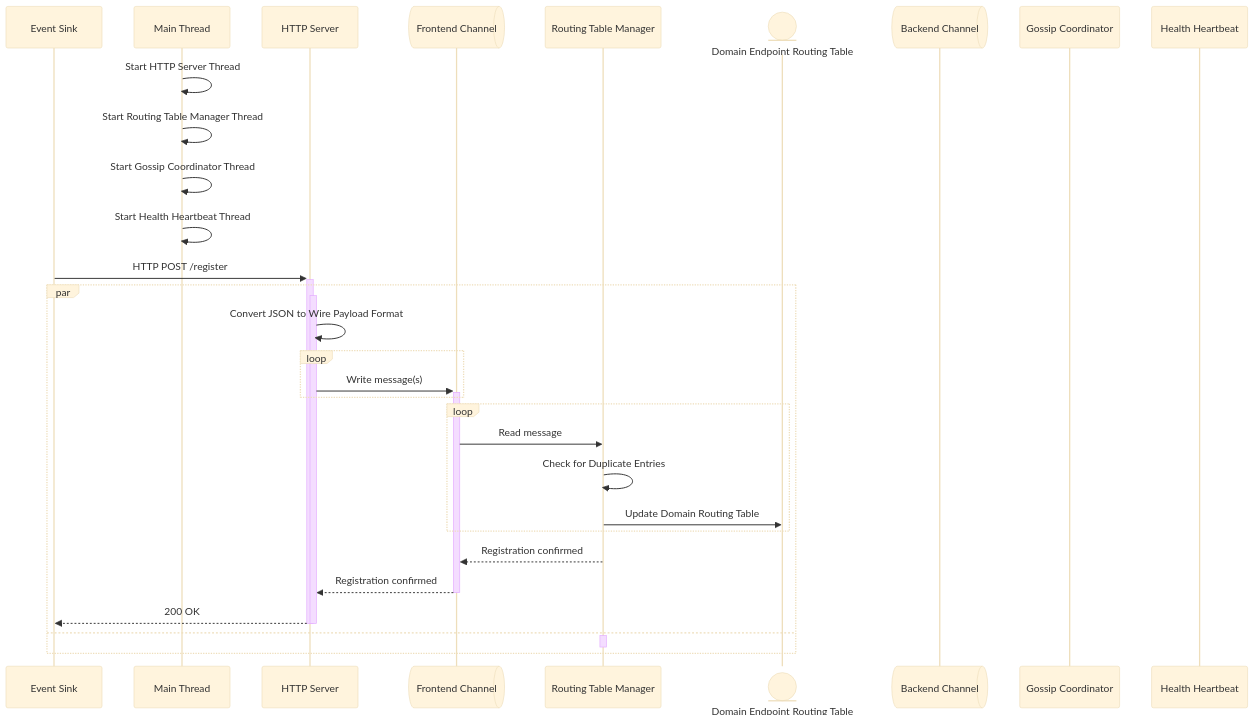
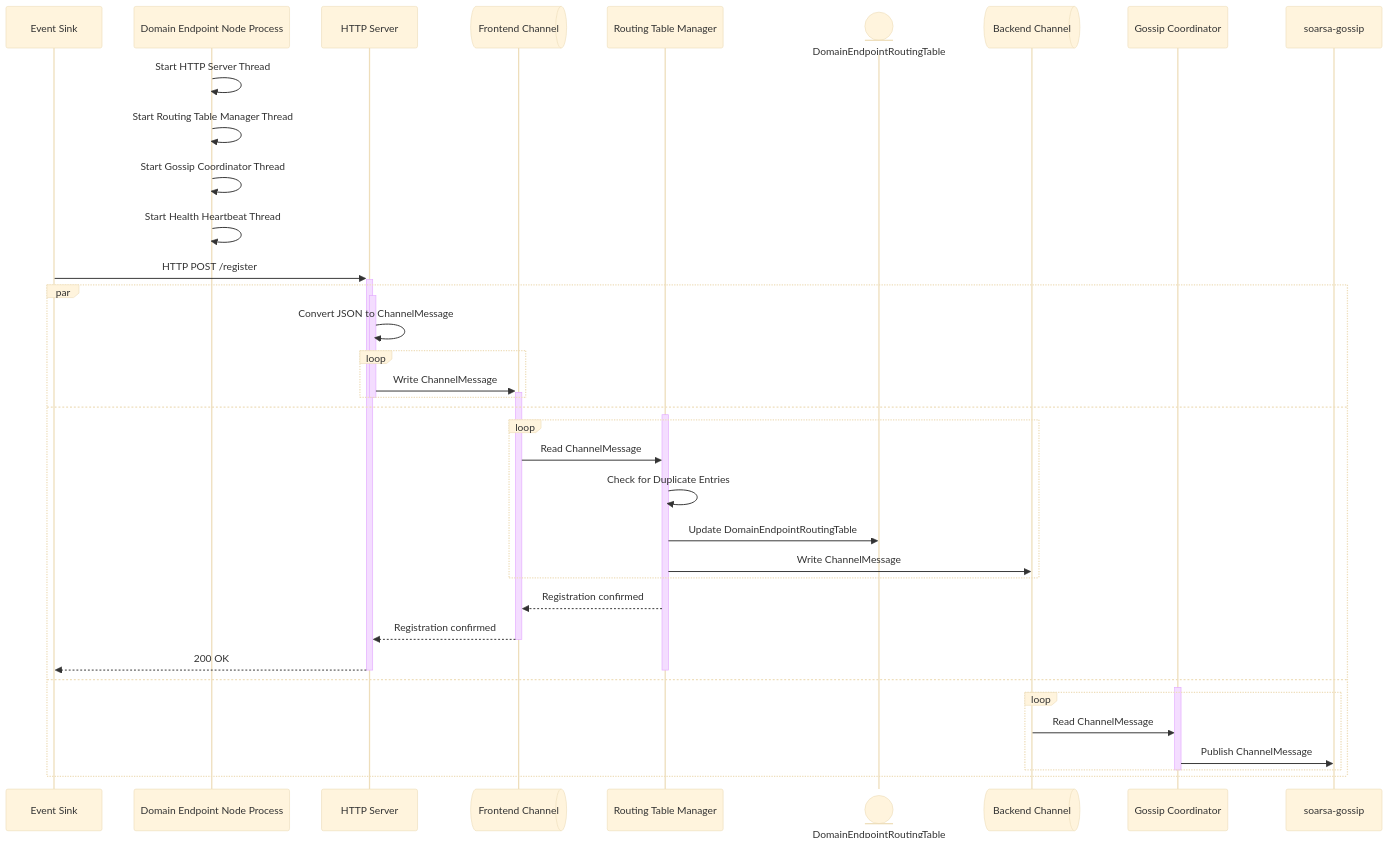
Before and after one commit to Layer9Labs/domain-endpoint-resolver: the diagram in docs/Domain Endpoint Resolver Product Requirements Document (PRD).md, drawn with Mermaid (base theme). The commit also changed other lines of this file and 1 other file, not shown here.

````diff
--- a/docs/Domain Endpoint Resolver Product Requirements Document (PRD).md
+++ b/docs/Domain Endpoint Resolver Product Requirements Document (PRD).md
@@ -232,38 +265,45 @@
 ```mermaid
 sequenceDiagram
     participant ES as Event Sink
-    participant MT as Main Thread
+    participant DEN as Domain Endpoint Node Process
     participant HTTP as HTTP Server
     participant FE@{ "type": "queue" } as Frontend Channel
     participant RTM as Routing Table Manager
-    participant DERT@{ "type": "entity" } as Domain Endpoint Routing Table
+    participant DERT@{ "type": "entity" } as DomainEndpointRoutingTable
     participant BE@{ "type": "queue" } as Backend Channel
     participant GC as Gossip Coordinator
-    participant HH as Health Heartbeat
+    participant SG as soarsa-gossip
 
-    MT->>MT: Start HTTP Server Thread
-    MT->>MT: Start Routing Table Manager Thread
-    MT->>MT: Start Gossip Coordinator Thread
-    MT->>MT: Start Health Heartbeat Thread
+    DEN->>DEN: Start HTTP Server Thread
+    DEN->>DEN: Start Routing Table Manager Thread
+    DEN->>DEN: Start Gossip Coordinator Thread
+    DEN->>DEN: Start Health Heartbeat Thread
     ES->>+HTTP: HTTP POST /register
     par
       activate HTTP
-      HTTP->>HTTP: Convert JSON to Wire Payload Format
+      HTTP->>HTTP: Convert JSON to ChannelMessage
       loop
-        HTTP->>+FE: Write message(s)
-    end
+        HTTP->>+FE: Write ChannelMessage
+      end
+      deactivate HTTP
+    and
+      activate RTM
       loop
-        FE->>RTM: Read message
+        FE->>RTM: Read ChannelMessage
         RTM->>RTM: Check for Duplicate Entries
-        RTM->>DERT: Update Domain Routing Table
+        RTM->>DERT: Update DomainEndpointRoutingTable
+        RTM->>BE: Write ChannelMessage
       end
         RTM-->>FE: Registration confirmed
         FE-->>-HTTP: Registration confirmed
         HTTP-->>-ES: 200 OK
-      deactivate HTTP
+      deactivate RTM
     and
-      activate RTM
-
-      deactivate RTM
+      activate GC
+      loop
+        BE->>GC: Read ChannelMessage
+        GC->>SG: Publish ChannelMessage
+      end
+      deactivate GC
     end
 ```
````
